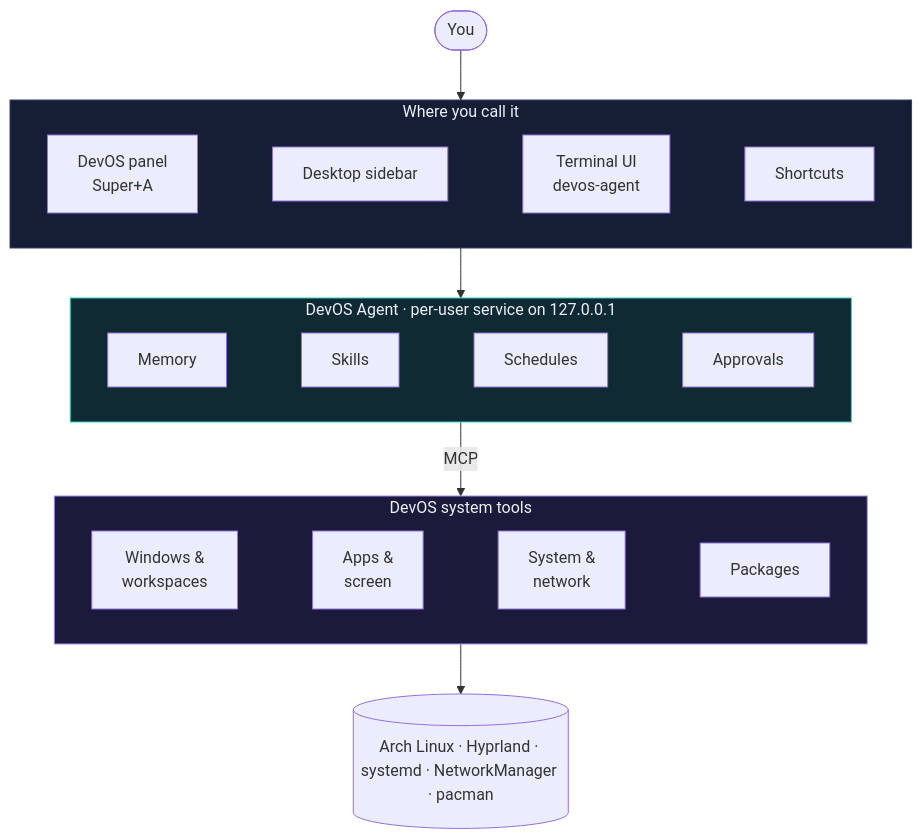
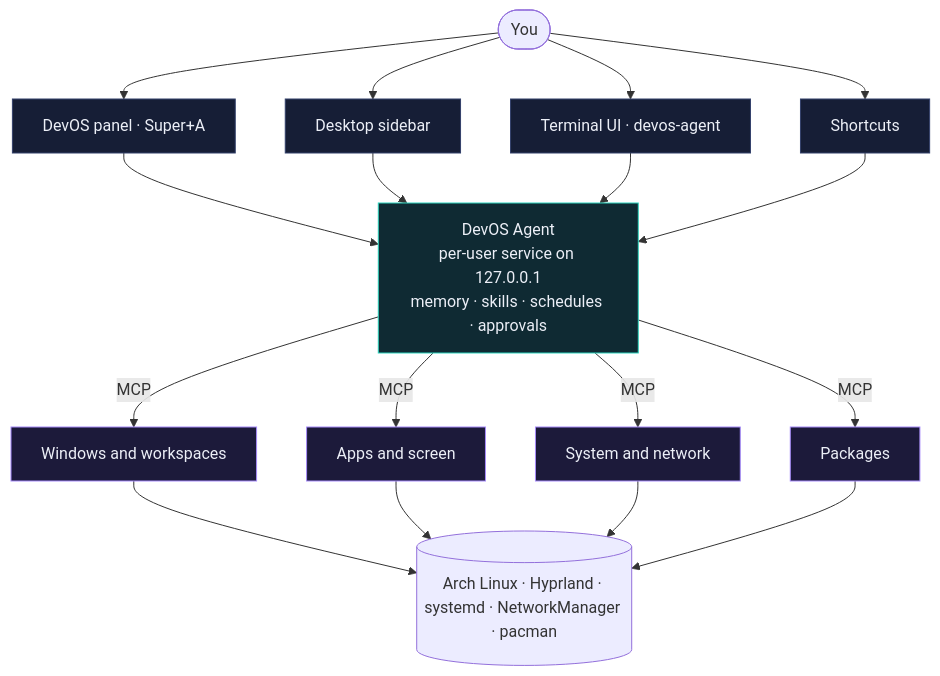
One commit to DevOS-Ai/DevOS changed the diagram in README.md. Above: the diagram before and after it, drawn with Mermaid.

Commit message:
docs: simpler architecture diagram that GitHub renders

````diff
--- a/README.md
+++ b/README.md
@@ -98,23 +98,22 @@
 ```mermaid
 flowchart TB
-    U([You]) --> S
-    subgraph S [Where you call it]
-        direction LR
-        P[DevOS panel<br/>Super+A] ~~~ B[Desktop sidebar] ~~~ T[Terminal UI<br/>devos-agent] ~~~ K[Shortcuts]
-    end
-    S --> A
-    subgraph A [DevOS Agent · per-user service on 127.0.0.1]
-        direction LR
-        M[Memory] ~~~ SK[Skills] ~~~ J[Schedules] ~~~ AP[Approvals]
-    end
-    A -->|MCP| X
-    subgraph X [DevOS system tools]
-        direction LR
-        W[Windows &<br/>workspaces] ~~~ AA[Apps &<br/>screen] ~~~ N[System &<br/>network] ~~~ PK[Packages]
-    end
-    X --> O[(Arch Linux · Hyprland · systemd · NetworkManager · pacman)]
+    U(["You"]) --> P & B & T & K
+    P["DevOS panel · Super+A"] --> A
+    B["Desktop sidebar"] --> A
+    T["Terminal UI · devos-agent"] --> A
+    K["Shortcuts"] --> A
+    A["DevOS Agent<br/>per-user service on 127.0.0.1<br/>memory · skills · schedules · approvals"]
+    A -- MCP --> W & AA & N & PK
+    W["Windows and workspaces"] --> O
+    AA["Apps and screen"] --> O
+    N["System and network"] --> O
+    PK["Packages"] --> O
+    O[("Arch Linux · Hyprland · systemd · NetworkManager · pacman")]
 
-    style A fill:#0f2a33,stroke:#2DD4BF,color:#ECEFF7
-    style X fill:#1c1a3a,stroke:#A78BFA,color:#ECEFF7
-    style S fill:#161E36,stroke:#33406A,color:#ECEFF7
+    classDef agent fill:#0f2a33,stroke:#2DD4BF,color:#ECEFF7
+    classDef tool fill:#1c1a3a,stroke:#A78BFA,color:#ECEFF7
+    classDef entry fill:#161E36,stroke:#33406A,color:#ECEFF7
+    class A agent
+    class W,AA,N,PK tool
+    class P,B,T,K entry
 ```
````
